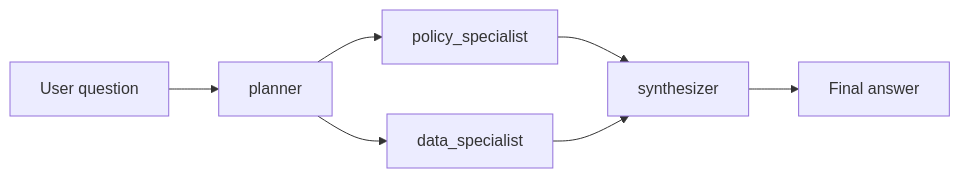
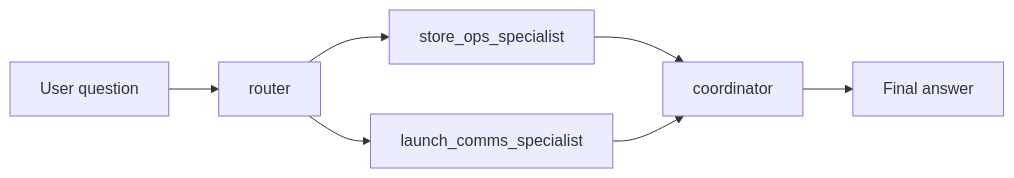
One commit to payton-chou-ms/e2e-ms-foundry-workshop changed the second of 2 diagrams in workshop/docs/03-understand/05-multi-agent-extension.md. Above: the diagram before and after it, drawn with Mermaid. The commit also changed other lines of this file and 20 other files, not shown here.

````diff
--- a/workshop/docs/03-understand/05-multi-agent-extension.md
+++ b/workshop/docs/03-understand/05-multi-agent-extension.md
@@ -239,9 +239,9 @@
 ```mermaid
 flowchart LR
-        U[User question] --> P[planner]
-        P --> PS[policy_specialist]
-        P --> DS[data_specialist]
-        PS --> S[synthesizer]
-        DS --> S
-        S --> A[Final answer]
+        U[User question] --> R[router]
+        R --> SO[store_ops_specialist]
+        R --> LC[launch_comms_specialist]
+        SO --> C[coordinator]
+        LC --> C
+        C --> A[Final answer]
 ```
````
